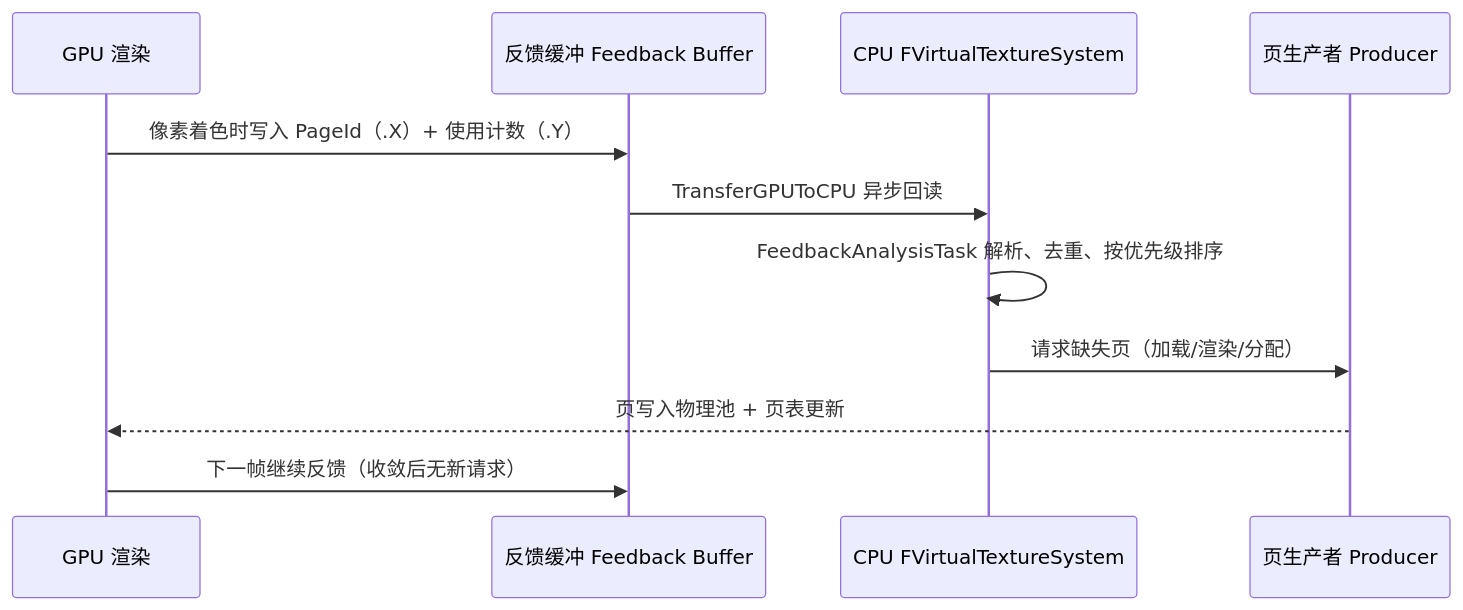
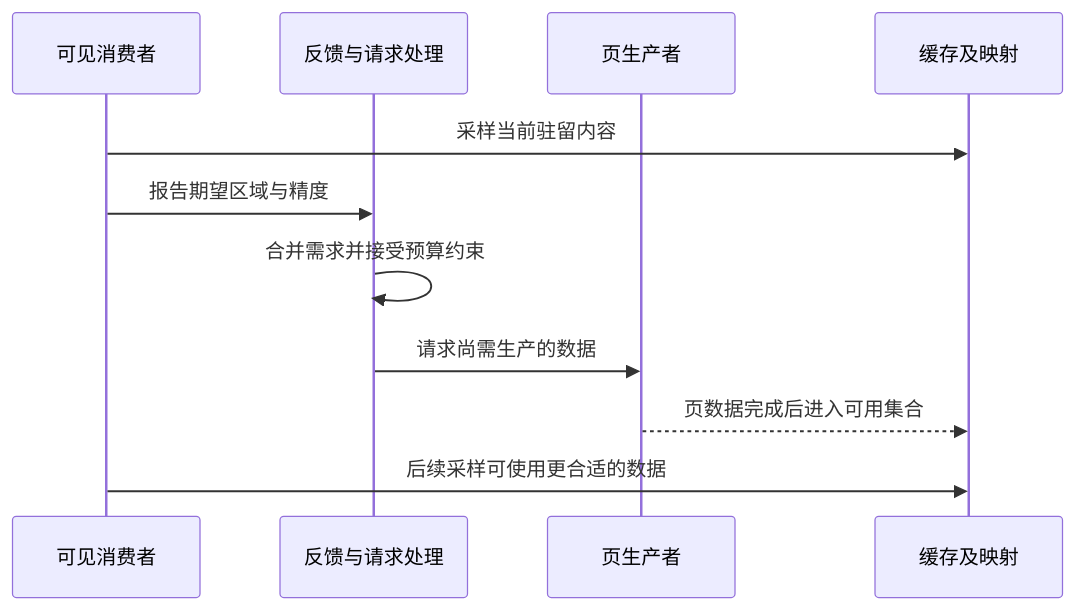
Before and after one commit to fantuan812/learning: the second of 5 diagrams in 知识/04-图形动画与物理仿真/材质地形与世界表现/07-虚拟纹理与材质混合.md, drawn with Mermaid. The commit also changed other lines of this file and 2 other files, not shown here.

````diff
--- a/知识/04-图形动画与物理仿真/材质地形与世界表现/07-虚拟纹理与材质混合.md
+++ b/知识/04-图形动画与物理仿真/材质地形与世界表现/07-虚拟纹理与材质混合.md
@@ -83,13 +89,13 @@
 ```mermaid
 sequenceDiagram
-    participant G as GPU 渲染
-    participant F as 反馈缓冲 Feedback Buffer
-    participant C as CPU FVirtualTextureSystem
-    participant P as 页生产者 Producer
-    G->>F: 像素着色时写入 PageId（.X）+ 使用计数（.Y）
-    F->>C: TransferGPUToCPU 异步回读
-    C->>C: FeedbackAnalysisTask 解析、去重、按优先级排序
-    C->>P: 请求缺失页（加载/渲染/分配）
-    P-->>G: 页写入物理池 + 页表更新
-    G->>F: 下一帧继续反馈（收敛后无新请求）
+    participant V as 可见消费者
+    participant F as 反馈与请求处理
+    participant P as 页生产者
+    participant C as 缓存及映射
+    V->>C: 采样当前驻留内容
+    V->>F: 报告期望区域与精度
+    F->>F: 合并需求并接受预算约束
+    F->>P: 请求尚需生产的数据
+    P-->>C: 页数据完成后进入可用集合
+    V->>C: 后续采样可使用更合适的数据
 ```
````
